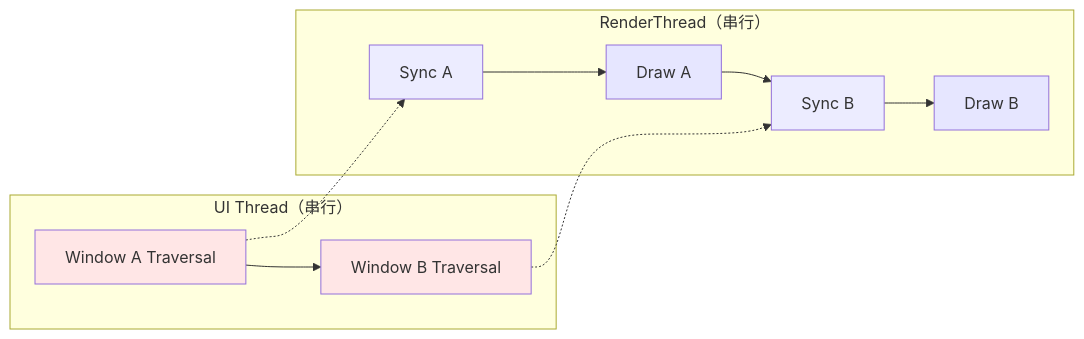
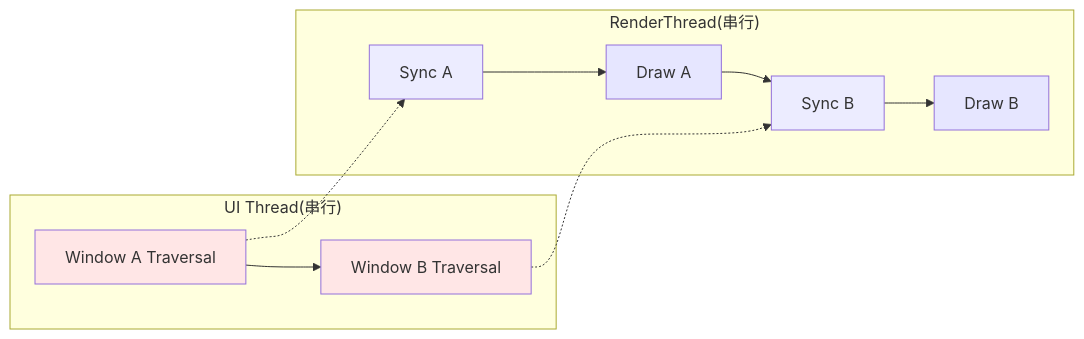
One commit to Gracker/android-internals-wiki changed the first of 2 diagrams in src/part2-performance/ch18-rendering-pipelines/05-android-view-multi-window.md. Above: the diagram before and after it, drawn with Mermaid. The commit also changed other lines of this file and 2 other files, not shown here.

````diff
--- a/src/part2-performance/ch18-rendering-pipelines/05-android-view-multi-window.md
+++ b/src/part2-performance/ch18-rendering-pipelines/05-android-view-multi-window.md
@@ -131,20 +148,20 @@
 ```mermaid
 graph LR
-    subgraph "UI Thread（串行）"
+    subgraph "UI Thread(串行)"
         WA[Window A Traversal]
         WB[Window B Traversal]
         WA --> WB
     end
-    
-    subgraph "RenderThread（串行）"
+
+    subgraph "RenderThread(串行)"
         SA[Sync A] --> DA[Draw A] --> SB[Sync B] --> DB[Draw B]
     end
-    
+
     WA -.-> SA
     WB -.-> SB
-    
+
     style WA fill:#ffe6e6
     style WB fill:#ffe6e6
     style DA fill:#e6e6ff
     style DB fill:#e6e6ff
 ```
````
